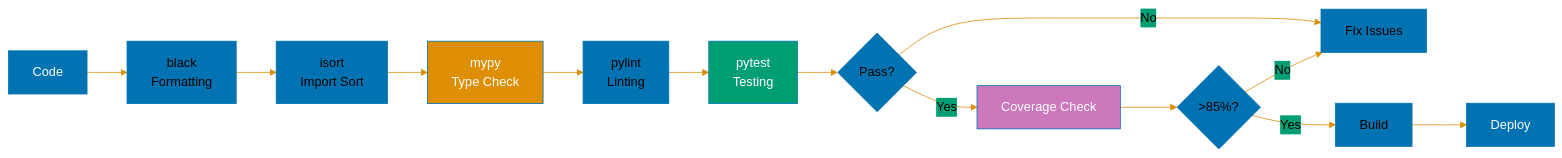
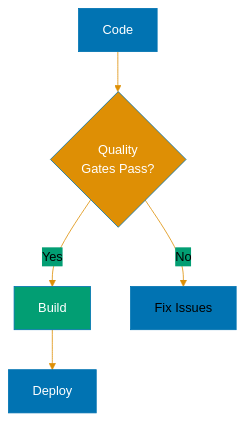
Before and after one commit to wahidyankf/ose-primer: the fifth of 5 diagrams in docs/explanation/software-engineering/programming-languages/python/best-practices.md, drawn with Mermaid. The commit also changed other lines of this file and 12 other files, not shown here.

Commit message:
fix(docs): fix mermaid violations in python/ docs (batch 2/10)

````diff
--- a/docs/explanation/software-engineering/programming-languages/python/best-practices.md
+++ b/docs/explanation/software-engineering/programming-languages/python/best-practices.md
@@ -2645,25 +2611,14 @@
 ```mermaid
 %%{init: {'theme':'base', 'themeVariables': { 'primaryColor':'#0173B2','primaryTextColor':'#000','primaryBorderColor':'#0173B2','lineColor':'#DE8F05','secondaryColor':'#029E73','tertiaryColor':'#CC78BC','fontSize':'16px'}}}%%
-flowchart LR
-    A[Code] --> B[black<br/>Formatting]
-    B --> C[isort<br/>Import Sort]
-    C --> D[mypy<br/>Type Check]
-    D --> E[pylint<br/>Linting]
-    E --> F[pytest<br/>Testing]
-    F --> G{Pass?}
+flowchart TD
+    A[Code] --> B{Quality<br/>Gates Pass?}
+    B -->|Yes| C[Build]
+    B -->|No| D[Fix Issues]
 
-    G -->|Yes| H[Coverage Check]
-    G -->|No| I[Fix Issues]
-
-    H --> J{>85%?}
-    J -->|Yes| K[Build]
-    J -->|No| I
-
-    K --> L[Deploy]
+    C --> E[Deploy]
 
     style A fill:#0173B2,color:#fff
-    style D fill:#DE8F05,color:#fff
-    style F fill:#029E73,color:#fff
-    style H fill:#CC78BC,color:#fff
-    style L fill:#0173B2,color:#fff
+    style B fill:#DE8F05,color:#fff
+    style C fill:#029E73,color:#fff
+    style E fill:#0173B2,color:#fff
 ```
````
